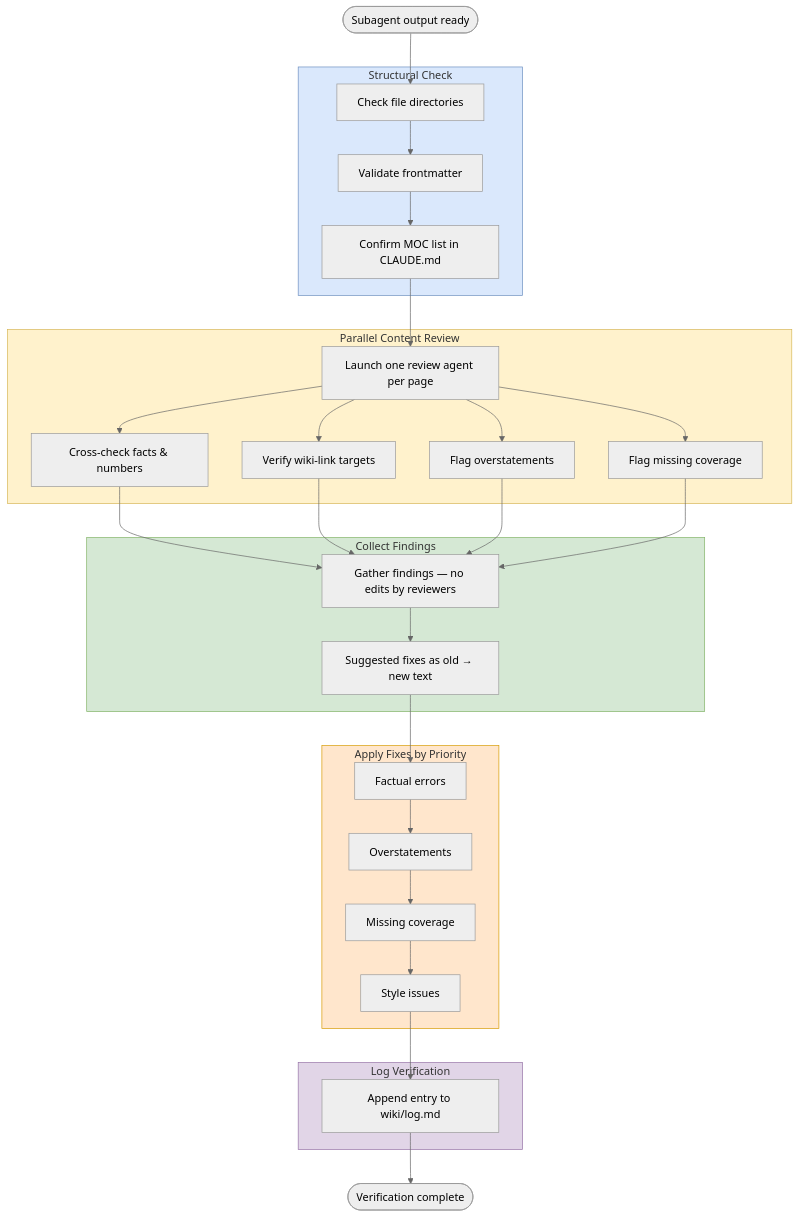
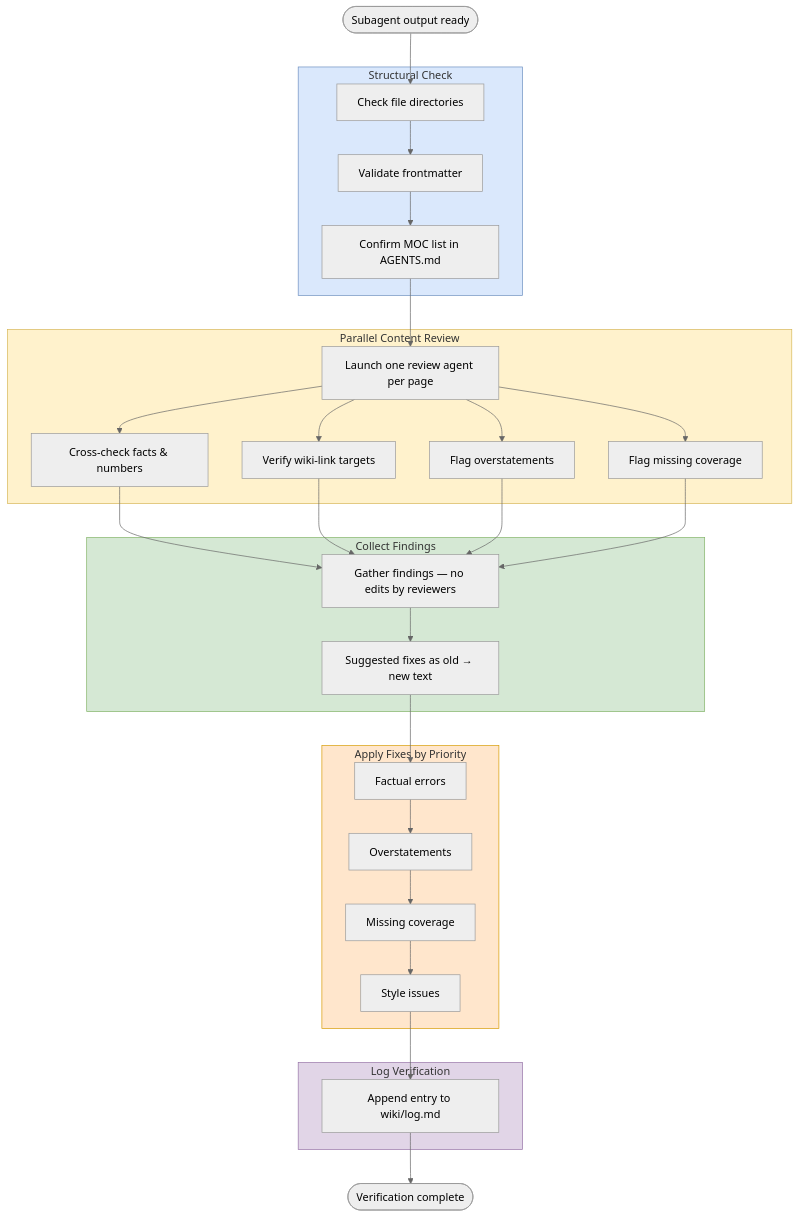
One commit to CompleteTech-LLC-AI-Research/beyond-the-token-bottleneck changed the diagram in workflows/verification.md. Above: the diagram before and after it, drawn with Mermaid (neutral theme). The commit also changed other lines of this file and 13 other files, not shown here.

````diff
--- a/workflows/verification.md
+++ b/workflows/verification.md
@@ -3,50 +3,50 @@
 ```mermaid
 graph TD
     Start([Subagent output ready]) --> S1
 
     subgraph Structural ["Structural Check"]
         S1[Check file directories]
         S2[Validate frontmatter]
-        S3[Confirm MOC list in CLAUDE.md]
+S3[Confirm MOC list in AGENTS.md]
         S1 --> S2 --> S3
     end
     style Structural fill:#dae8fc,stroke:#6c8ebf
 
     S3 --> P
 
     subgraph Parallel ["Parallel Content Review"]
         P[Launch one review agent per page]
         P --> R1[Cross-check facts & numbers]
         P --> R2[Verify wiki-link targets]
         P --> R3[Flag overstatements]
         P --> R4[Flag missing coverage]
     end
     style Parallel fill:#fff2cc,stroke:#d6b656
 
     R1 & R2 & R3 & R4 --> C
 
     subgraph Collect ["Collect Findings"]
         C[Gather findings — no edits by reviewers]
         C --> D[Suggested fixes as old → new text]
     end
     style Collect fill:#d5e8d4,stroke:#82b366
 
     D --> F1
 
     subgraph Fix ["Apply Fixes by Priority"]
         F1[Factual errors]
         F1 --> F2[Overstatements]
         F2 --> F3[Missing coverage]
         F3 --> F4[Style issues]
     end
     style Fix fill:#ffe6cc,stroke:#d79b00
 
     F4 --> L
 
     subgraph Log ["Log Verification"]
         L[Append entry to wiki/log.md]
     end
     style Log fill:#e1d5e7,stroke:#9673a6
 
     L --> Done([Verification complete])
 ```
````
